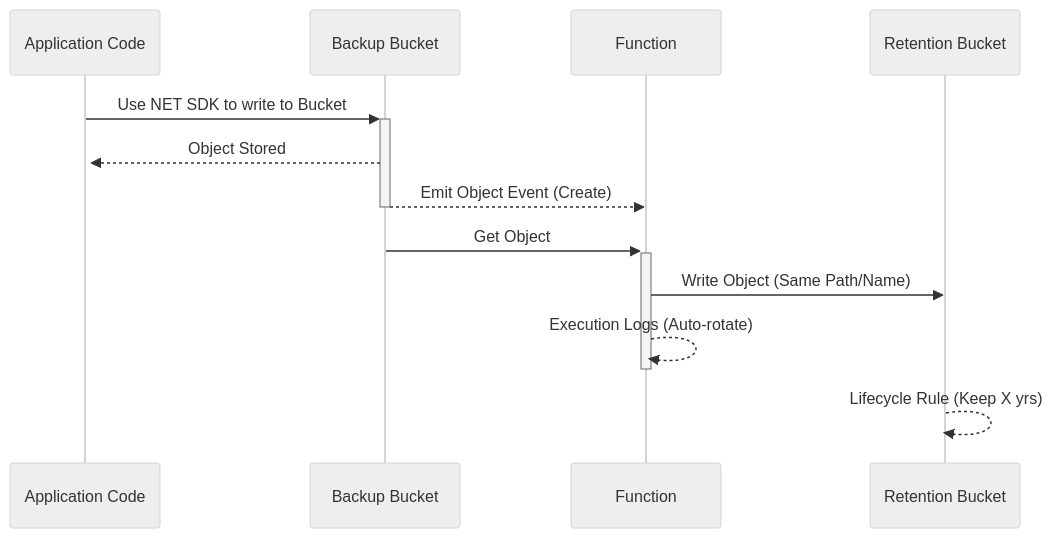
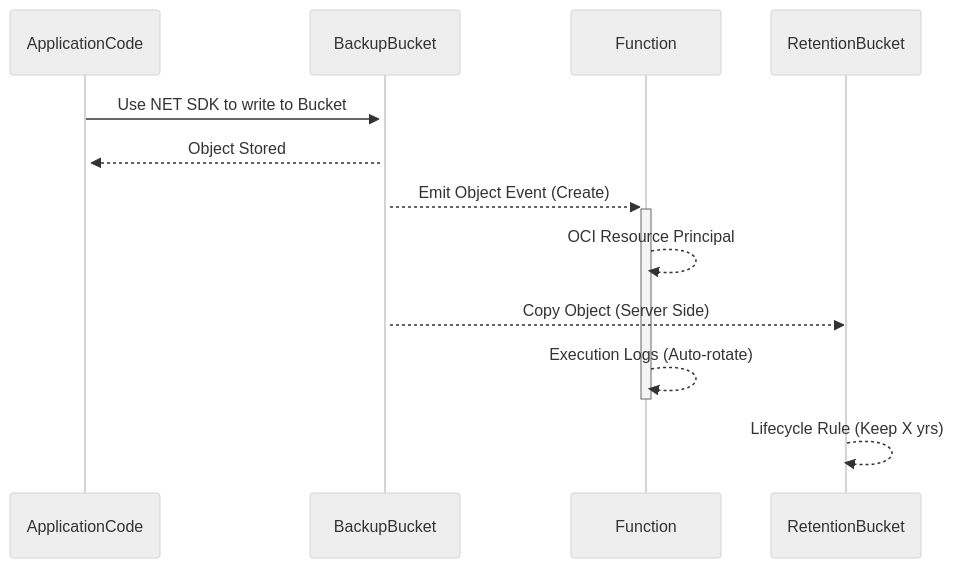
The diagram in README.md (agregory999/oci-objectstorage-backup), drawn with Mermaid (neutral theme) before and after one commit.

Commit message:
diagram update

````diff
--- a/README.md
+++ b/README.md
@@ -14,10 +14,10 @@
 ```mermaid
 sequenceDiagram
-    Application Code->>+Backup Bucket: Use NET SDK to write to Bucket
-    Backup Bucket-->>+Application Code: Object Stored
-    Backup Bucket-->>-Function: Emit Object Event (Create)
-    Backup Bucket->>+Function: Get Object
-    Function->>Retention Bucket: Write Object (Same Path/Name)
+    ApplicationCode->>+BackupBucket: Use NET SDK to write to Bucket
+    BackupBucket-->>+ApplicationCode: Object Stored
+    BackupBucket-->>+Function: Emit Object Event (Create)
+    Function-->>Function: OCI Resource Principal
+    BackupBucket-->>RetentionBucket: Copy Object (Server Side)
     Function-->>-Function: Execution Logs (Auto-rotate)
-    Retention Bucket-->>Retention Bucket: Lifecycle Rule (Keep X yrs)
+    RetentionBucket-->>RetentionBucket: Lifecycle Rule (Keep X yrs)
 ```
````
